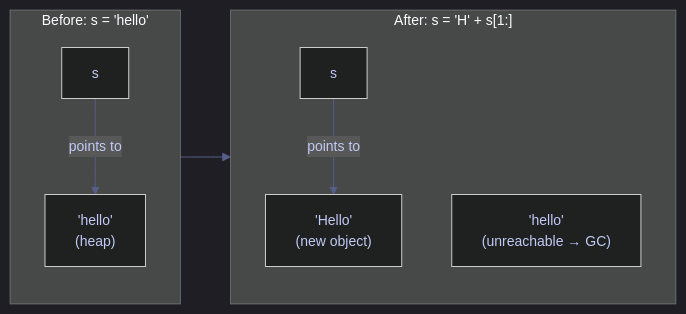
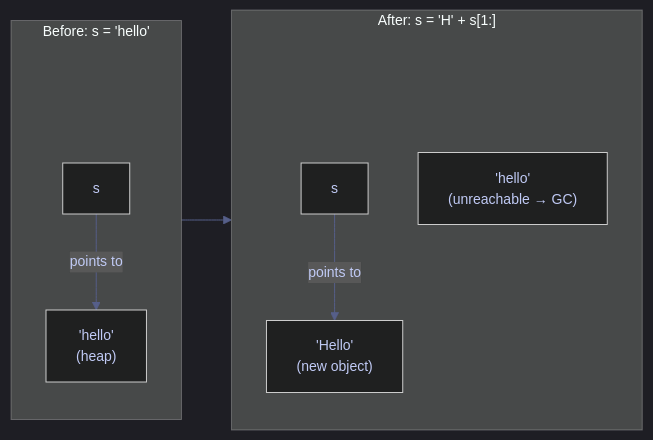
One commit to alp78/elysium changed the first of 2 diagrams in content/02-Programming-Languages/01-Python/02-py-strings.md. Above: the diagram before and after it, drawn with Mermaid. The commit also changed 216 other files, not shown here.

````diff
--- a/content/02-Programming-Languages/01-Python/02-py-strings.md
+++ b/content/02-Programming-Languages/01-Python/02-py-strings.md
@@ -371,23 +371,30 @@
 ```mermaid
 %%{init: {'theme': 'dark', 'themeVariables': {
   'primaryColor': '#292e42',
   'primaryTextColor': '#c0caf5',
   'primaryBorderColor': '#565f89',
   'lineColor': '#565f89',
   'secondaryColor': '#1a1b26',
   'tertiaryColor': '#24283b',
   'noteTextColor': '#c0caf5',
   'noteBkgColor': '#292e42',
   'textColor': '#c0caf5',
   'fontSize': '14px'
 }}}%%
 flowchart LR
     subgraph Before["Before: s = 'hello'"]
+        BPAD[" "]
         s1["s"] -->|points to| obj1["'hello'<br/>(heap)"]
+        BPAD ~~~ s1
     end
     subgraph After["After: s = 'H' + s[1:]"]
+        APAD[" "]
         s2["s"] -->|points to| obj2["'Hello'<br/>(new object)"]
         obj3["'hello'<br/>(unreachable → GC)"]
+        APAD ~~~ s2
+        APAD ~~~ obj3
     end
     Before --> After
+    style BPAD fill:transparent,stroke:transparent,color:transparent
+    style APAD fill:transparent,stroke:transparent,color:transparent
 ```
````
